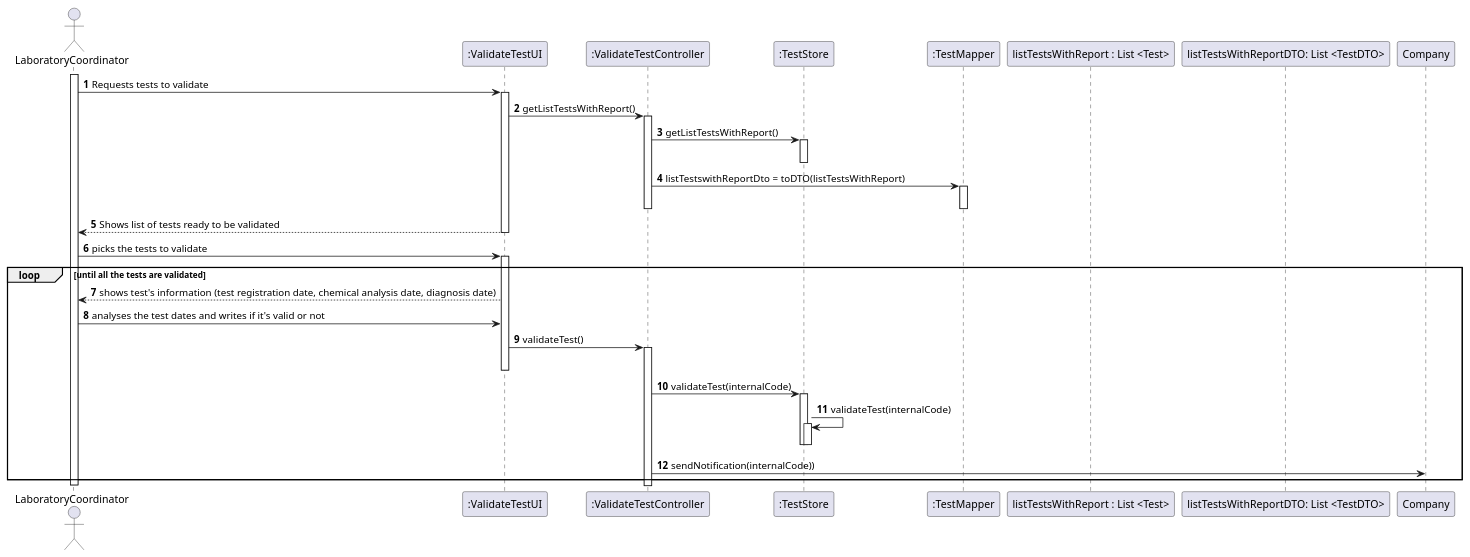
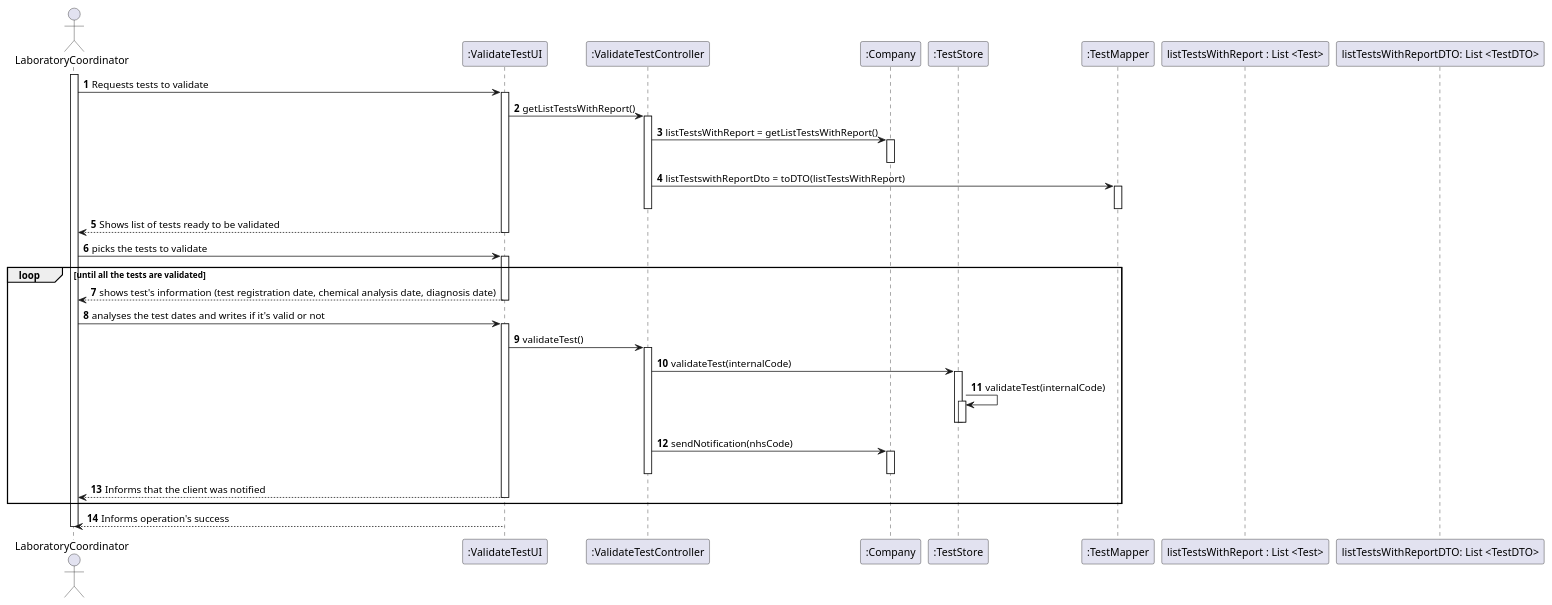
Before and after one commit to MadDinosaur/ISEP-LAPR2: the diagram in docs/SprintC/US15/US15_SD.puml, drawn with PlantUML. The commit also changed 2 other files, not shown here.

```diff
--- a/docs/SprintC/US15/US15_SD.puml
+++ b/docs/SprintC/US15/US15_SD.puml
@@ -1,50 +1,57 @@
 @startuml
 
 autonumber
 
 actor LaboratoryCoordinator as LABCO
 participant ":ValidateTestUI" as UI
 participant ":ValidateTestController" as CTRL
+participant ":Company" as CMP
 participant ":TestStore" as STORE
 participant ":TestMapper" as MAP
 participant "listTestsWithReport : List <Test>" as testList
 participant "listTestsWithReportDTO: List <TestDTO>" as testListDTO
+
 
 activate LABCO
 LABCO -> UI: Requests tests to validate
 activate UI
 UI -> CTRL: getListTestsWithReport()
 activate CTRL
-CTRL -> STORE: getListTestsWithReport()
-activate STORE
-deactivate STORE
+CTRL -> CMP: listTestsWithReport = getListTestsWithReport()
+activate CMP
+deactivate CMP
 
 CTRL -> MAP: listTestswithReportDto = toDTO(listTestsWithReport)
 activate MAP
 deactivate MAP
 
 deactivate CTRL
 UI --> LABCO: Shows list of tests ready to be validated
 deactivate UI
 LABCO -> UI: picks the tests to validate
 loop until all the tests are validated
 activate UI
 UI --> LABCO: shows test's information (test registration date, chemical analysis date, diagnosis date)
+deactivate UI
 LABCO -> UI: analyses the test dates and writes if it's valid or not
+activate UI
 UI -> CTRL: validateTest()
 activate CTRL
-deactivate UI
 CTRL -> STORE: validateTest(internalCode)
 activate STORE
 STORE -> STORE: validateTest(internalCode)
 activate STORE
 deactivate STORE
 deactivate STORE
-CTRL -> Company: sendNotification(internalCode))
-
+CTRL -> CMP: sendNotification(nhsCode)
+activate CMP
+deactivate CMP
+deactivate CTRL
+UI --> LABCO: Informs that the client was notified
+deactivate UI
 end loop
-
+UI --> LABCO: Informs operation's success
 deactivate LABCO
 
 
 @enduml
```
